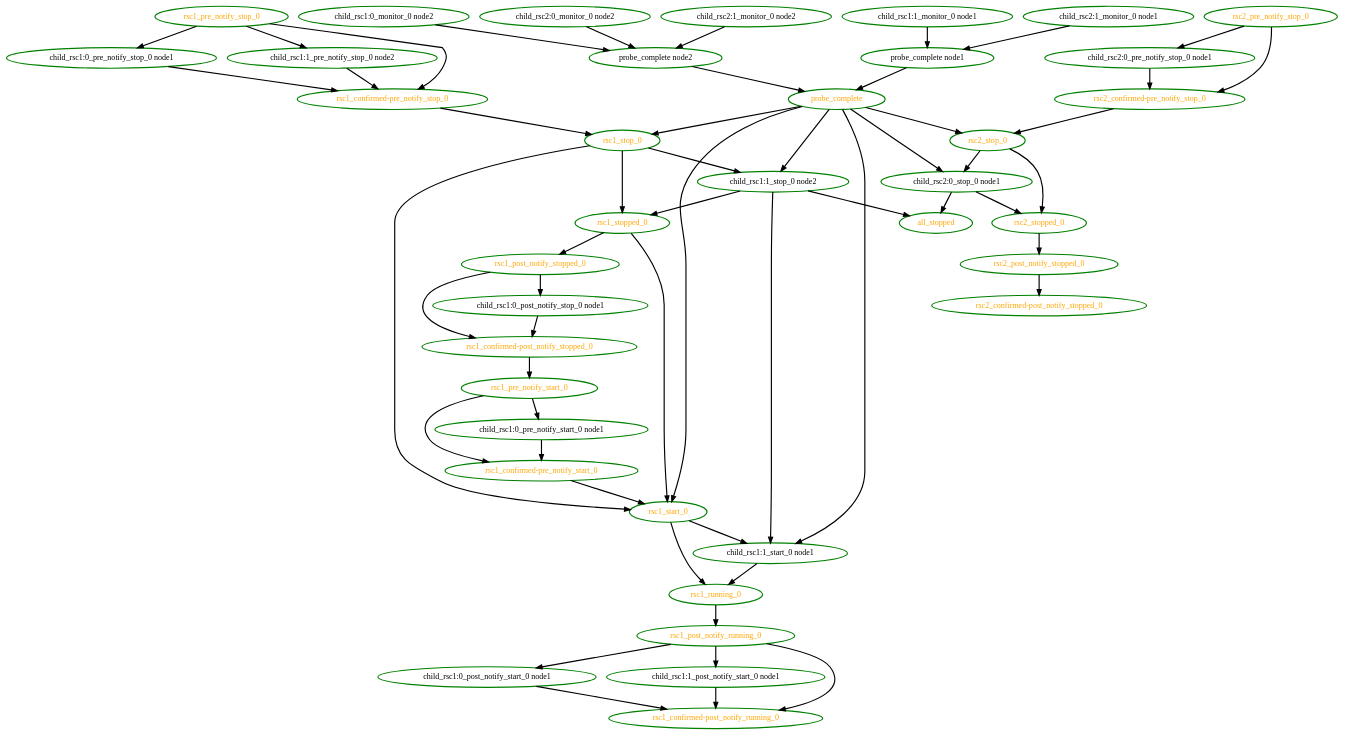
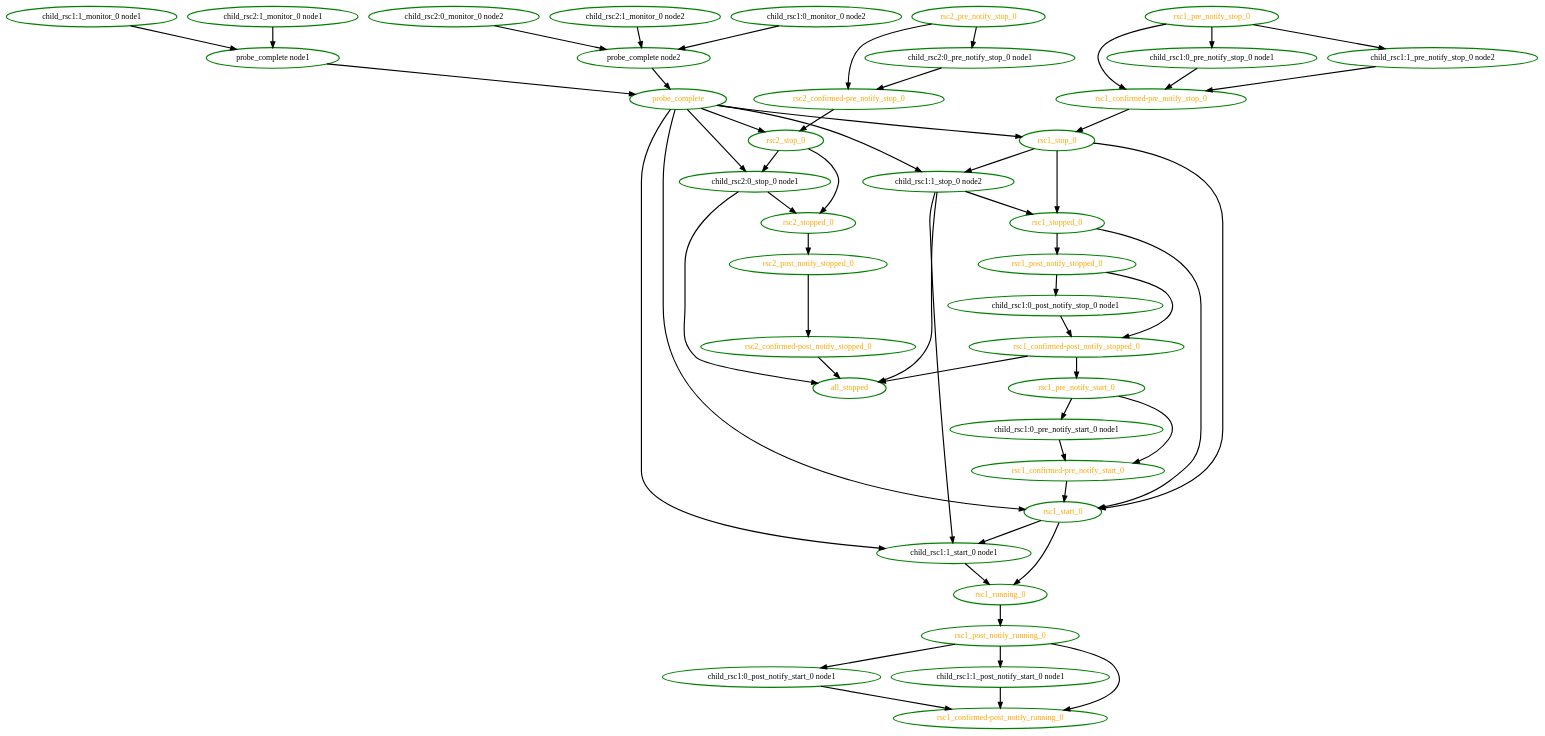
The diagram in pengine/test10/notify-3.dot (linux-ha-japan/pm_diskd), drawn with Graphviz before and after one commit. The commit also changed 28 other files, not shown here.

Commit message:
Low: PE: Have post-notification of stops be an input to the all_stopped pseudo event

```diff
--- a/pengine/test10/notify-3.dot
+++ b/pengine/test10/notify-3.dot
@@ -1,93 +1,95 @@
  digraph "g" {
 "all_stopped" [ style=bold color="green" fontcolor="orange"  ]
 "child_rsc1:0_monitor_0 node2" -> "probe_complete node2" [ style = bold]
 "child_rsc1:0_monitor_0 node2" [ style=bold color="green" fontcolor="black" ]
 "child_rsc1:0_post_notify_start_0 node1" -> "rsc1_confirmed-post_notify_running_0" [ style = bold]
 "child_rsc1:0_post_notify_start_0 node1" [ style=bold color="green" fontcolor="black" ]
 "child_rsc1:0_post_notify_stop_0 node1" -> "rsc1_confirmed-post_notify_stopped_0" [ style = bold]
 "child_rsc1:0_post_notify_stop_0 node1" [ style=bold color="green" fontcolor="black" ]
 "child_rsc1:0_pre_notify_start_0 node1" -> "rsc1_confirmed-pre_notify_start_0" [ style = bold]
 "child_rsc1:0_pre_notify_start_0 node1" [ style=bold color="green" fontcolor="black" ]
 "child_rsc1:0_pre_notify_stop_0 node1" -> "rsc1_confirmed-pre_notify_stop_0" [ style = bold]
 "child_rsc1:0_pre_notify_stop_0 node1" [ style=bold color="green" fontcolor="black" ]
 "child_rsc1:1_monitor_0 node1" -> "probe_complete node1" [ style = bold]
 "child_rsc1:1_monitor_0 node1" [ style=bold color="green" fontcolor="black" ]
 "child_rsc1:1_post_notify_start_0 node1" -> "rsc1_confirmed-post_notify_running_0" [ style = bold]
 "child_rsc1:1_post_notify_start_0 node1" [ style=bold color="green" fontcolor="black" ]
 "child_rsc1:1_pre_notify_stop_0 node2" -> "rsc1_confirmed-pre_notify_stop_0" [ style = bold]
 "child_rsc1:1_pre_notify_stop_0 node2" [ style=bold color="green" fontcolor="black" ]
 "child_rsc1:1_start_0 node1" -> "rsc1_running_0" [ style = bold]
 "child_rsc1:1_start_0 node1" [ style=bold color="green" fontcolor="black" ]
 "child_rsc1:1_stop_0 node2" -> "all_stopped" [ style = bold]
 "child_rsc1:1_stop_0 node2" -> "child_rsc1:1_start_0 node1" [ style = bold]
 "child_rsc1:1_stop_0 node2" -> "rsc1_stopped_0" [ style = bold]
 "child_rsc1:1_stop_0 node2" [ style=bold color="green" fontcolor="black" ]
 "child_rsc2:0_monitor_0 node2" -> "probe_complete node2" [ style = bold]
 "child_rsc2:0_monitor_0 node2" [ style=bold color="green" fontcolor="black" ]
 "child_rsc2:0_pre_notify_stop_0 node1" -> "rsc2_confirmed-pre_notify_stop_0" [ style = bold]
 "child_rsc2:0_pre_notify_stop_0 node1" [ style=bold color="green" fontcolor="black" ]
 "child_rsc2:0_stop_0 node1" -> "all_stopped" [ style = bold]
 "child_rsc2:0_stop_0 node1" -> "rsc2_stopped_0" [ style = bold]
 "child_rsc2:0_stop_0 node1" [ style=bold color="green" fontcolor="black" ]
 "child_rsc2:1_monitor_0 node1" -> "probe_complete node1" [ style = bold]
 "child_rsc2:1_monitor_0 node1" [ style=bold color="green" fontcolor="black" ]
 "child_rsc2:1_monitor_0 node2" -> "probe_complete node2" [ style = bold]
 "child_rsc2:1_monitor_0 node2" [ style=bold color="green" fontcolor="black" ]
 "probe_complete node1" -> "probe_complete" [ style = bold]
 "probe_complete node1" [ style=bold color="green" fontcolor="black" ]
 "probe_complete node2" -> "probe_complete" [ style = bold]
 "probe_complete node2" [ style=bold color="green" fontcolor="black" ]
 "probe_complete" -> "child_rsc1:1_start_0 node1" [ style = bold]
 "probe_complete" -> "child_rsc1:1_stop_0 node2" [ style = bold]
 "probe_complete" -> "child_rsc2:0_stop_0 node1" [ style = bold]
 "probe_complete" -> "rsc1_start_0" [ style = bold]
 "probe_complete" -> "rsc1_stop_0" [ style = bold]
 "probe_complete" -> "rsc2_stop_0" [ style = bold]
 "probe_complete" [ style=bold color="green" fontcolor="orange" ]
 "rsc1_confirmed-post_notify_running_0" [ style=bold color="green" fontcolor="orange" ]
+"rsc1_confirmed-post_notify_stopped_0" -> "all_stopped" [ style = bold]
 "rsc1_confirmed-post_notify_stopped_0" -> "rsc1_pre_notify_start_0" [ style = bold]
 "rsc1_confirmed-post_notify_stopped_0" [ style=bold color="green" fontcolor="orange" ]
 "rsc1_confirmed-pre_notify_start_0" -> "rsc1_start_0" [ style = bold]
 "rsc1_confirmed-pre_notify_start_0" [ style=bold color="green" fontcolor="orange" ]
 "rsc1_confirmed-pre_notify_stop_0" -> "rsc1_stop_0" [ style = bold]
 "rsc1_confirmed-pre_notify_stop_0" [ style=bold color="green" fontcolor="orange" ]
 "rsc1_post_notify_running_0" -> "child_rsc1:0_post_notify_start_0 node1" [ style = bold]
 "rsc1_post_notify_running_0" -> "child_rsc1:1_post_notify_start_0 node1" [ style = bold]
 "rsc1_post_notify_running_0" -> "rsc1_confirmed-post_notify_running_0" [ style = bold]
 "rsc1_post_notify_running_0" [ style=bold color="green" fontcolor="orange" ]
 "rsc1_post_notify_stopped_0" -> "child_rsc1:0_post_notify_stop_0 node1" [ style = bold]
 "rsc1_post_notify_stopped_0" -> "rsc1_confirmed-post_notify_stopped_0" [ style = bold]
 "rsc1_post_notify_stopped_0" [ style=bold color="green" fontcolor="orange" ]
 "rsc1_pre_notify_start_0" -> "child_rsc1:0_pre_notify_start_0 node1" [ style = bold]
 "rsc1_pre_notify_start_0" -> "rsc1_confirmed-pre_notify_start_0" [ style = bold]
 "rsc1_pre_notify_start_0" [ style=bold color="green" fontcolor="orange" ]
 "rsc1_pre_notify_stop_0" -> "child_rsc1:0_pre_notify_stop_0 node1" [ style = bold]
 "rsc1_pre_notify_stop_0" -> "child_rsc1:1_pre_notify_stop_0 node2" [ style = bold]
 "rsc1_pre_notify_stop_0" -> "rsc1_confirmed-pre_notify_stop_0" [ style = bold]
 "rsc1_pre_notify_stop_0" [ style=bold color="green" fontcolor="orange" ]
 "rsc1_running_0" -> "rsc1_post_notify_running_0" [ style = bold]
 "rsc1_running_0" [ style=bold color="green" fontcolor="orange" ]
 "rsc1_start_0" -> "child_rsc1:1_start_0 node1" [ style = bold]
 "rsc1_start_0" -> "rsc1_running_0" [ style = bold]
 "rsc1_start_0" [ style=bold color="green" fontcolor="orange" ]
 "rsc1_stop_0" -> "child_rsc1:1_stop_0 node2" [ style = bold]
 "rsc1_stop_0" -> "rsc1_start_0" [ style = bold]
 "rsc1_stop_0" -> "rsc1_stopped_0" [ style = bold]
 "rsc1_stop_0" [ style=bold color="green" fontcolor="orange" ]
 "rsc1_stopped_0" -> "rsc1_post_notify_stopped_0" [ style = bold]
 "rsc1_stopped_0" -> "rsc1_start_0" [ style = bold]
 "rsc1_stopped_0" [ style=bold color="green" fontcolor="orange" ]
+"rsc2_confirmed-post_notify_stopped_0" -> "all_stopped" [ style = bold]
 "rsc2_confirmed-post_notify_stopped_0" [ style=bold color="green" fontcolor="orange" ]
 "rsc2_confirmed-pre_notify_stop_0" -> "rsc2_stop_0" [ style = bold]
 "rsc2_confirmed-pre_notify_stop_0" [ style=bold color="green" fontcolor="orange" ]
 "rsc2_post_notify_stopped_0" -> "rsc2_confirmed-post_notify_stopped_0" [ style = bold]
 "rsc2_post_notify_stopped_0" [ style=bold color="green" fontcolor="orange" ]
 "rsc2_pre_notify_stop_0" -> "child_rsc2:0_pre_notify_stop_0 node1" [ style = bold]
 "rsc2_pre_notify_stop_0" -> "rsc2_confirmed-pre_notify_stop_0" [ style = bold]
 "rsc2_pre_notify_stop_0" [ style=bold color="green" fontcolor="orange" ]
 "rsc2_stop_0" -> "child_rsc2:0_stop_0 node1" [ style = bold]
 "rsc2_stop_0" -> "rsc2_stopped_0" [ style = bold]
 "rsc2_stop_0" [ style=bold color="green" fontcolor="orange" ]
 "rsc2_stopped_0" -> "rsc2_post_notify_stopped_0" [ style = bold]
 "rsc2_stopped_0" [ style=bold color="green" fontcolor="orange" ]
 }
```
